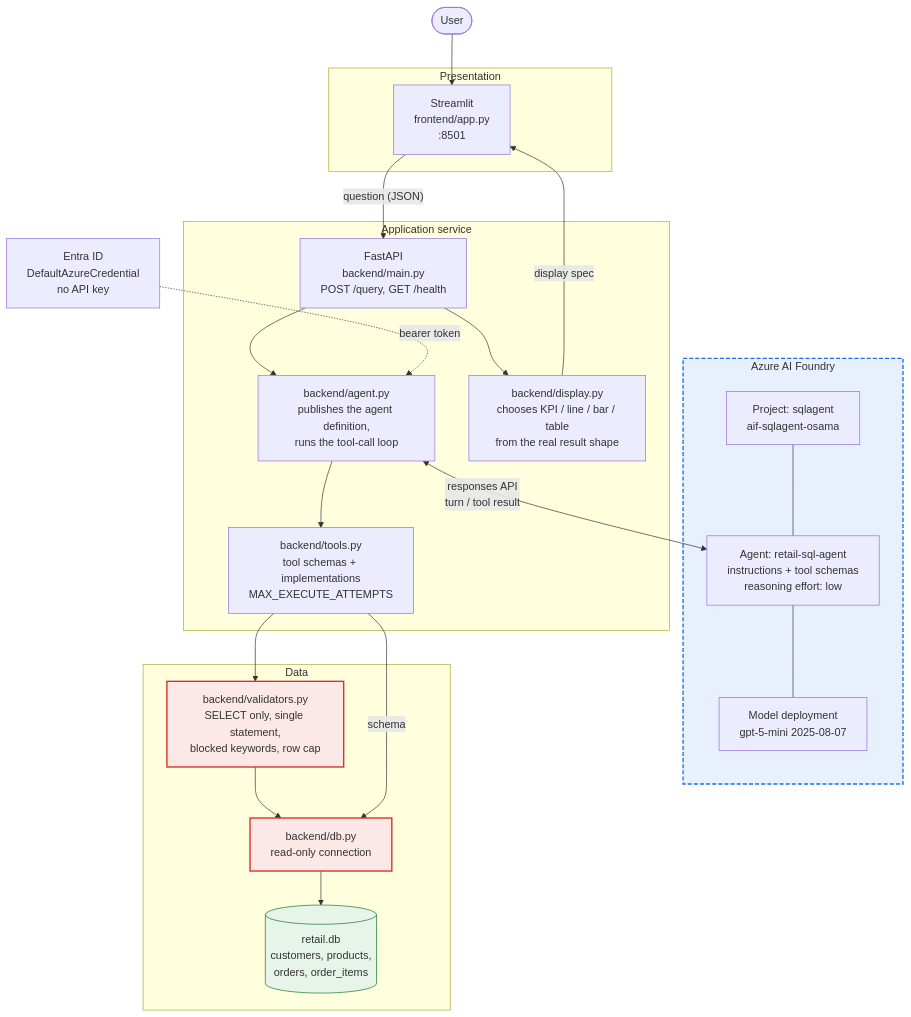
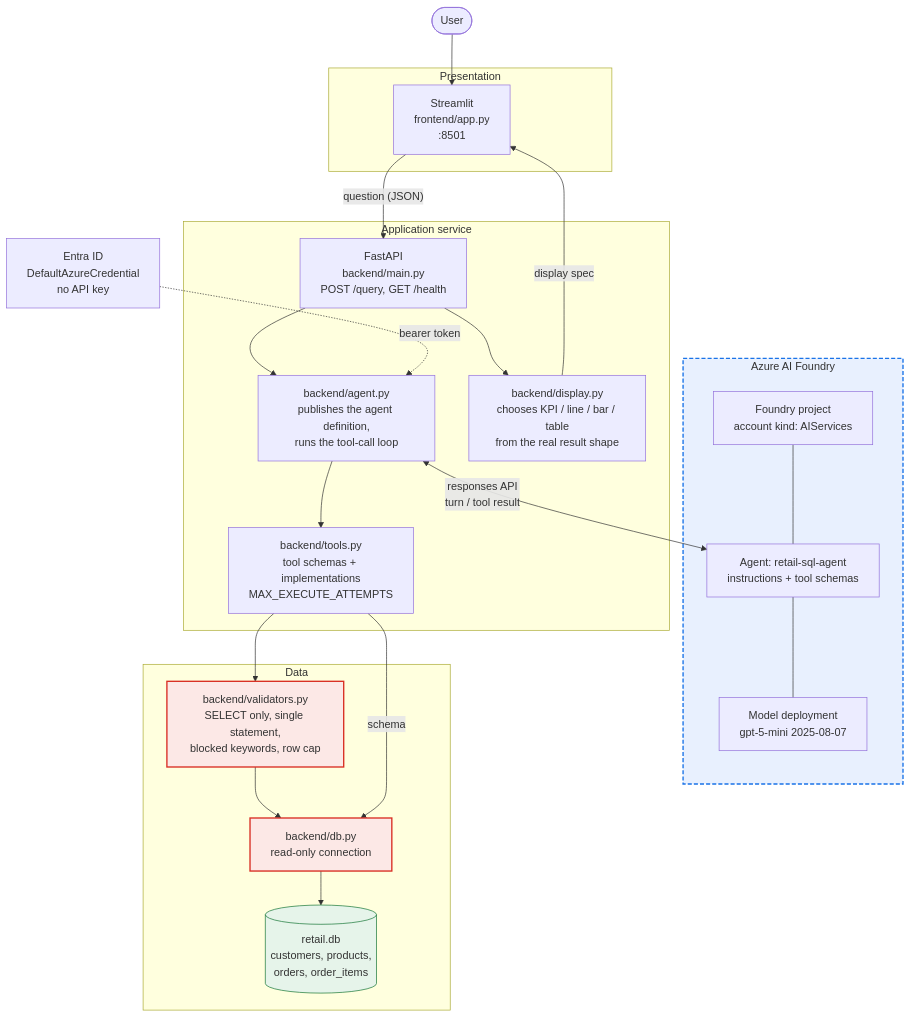
One commit to Osama12145/sql-agent-foundry-demo changed the second of 3 diagrams in docs/ARCHITECTURE.md. Above: the diagram before and after it, drawn with Mermaid. The commit also changed other lines of this file and 3 other files, not shown here.

First line of the commit message:
Add the agent workflow diagram and replace resource names with placeholders

````diff
--- a/docs/ARCHITECTURE.md
+++ b/docs/ARCHITECTURE.md
@@ -9,51 +94,51 @@
 ```mermaid
 flowchart TB
     USER([User])
 
     subgraph CLIENT["Presentation"]
         UI["Streamlit<br/>frontend/app.py<br/>:8501"]
     end
 
     subgraph SERVICE["Application service"]
         API["FastAPI<br/>backend/main.py<br/>POST /query, GET /health"]
         AGENTMOD["backend/agent.py<br/>publishes the agent definition,<br/>runs the tool-call loop"]
         TOOLS["backend/tools.py<br/>tool schemas + implementations<br/>MAX_EXECUTE_ATTEMPTS"]
         DISP["backend/display.py<br/>chooses KPI / line / bar / table<br/>from the real result shape"]
     end
 
     subgraph AZURE["Azure AI Foundry"]
-        PROJ["Project: sqlagent<br/>aif-sqlagent-osama"]
-        AGENT["Agent: retail-sql-agent<br/>instructions + tool schemas<br/>reasoning effort: low"]
+        PROJ["Foundry project<br/>account kind: AIServices"]
+        AGENT["Agent: retail-sql-agent<br/>instructions + tool schemas"]
         MODEL["Model deployment<br/>gpt-5-mini 2025-08-07"]
         PROJ --- AGENT
         AGENT --- MODEL
     end
 
     subgraph DATA["Data"]
         VAL["backend/validators.py<br/>SELECT only, single statement,<br/>blocked keywords, row cap"]
         DB["backend/db.py<br/>read-only connection"]
         STORE[("retail.db<br/>customers, products,<br/>orders, order_items")]
         VAL --> DB
         DB --> STORE
     end
 
     ENTRA["Entra ID<br/>DefaultAzureCredential<br/>no API key"]
 
     USER --> UI
     UI -->|"question (JSON)"| API
     API --> AGENTMOD
     AGENTMOD <-->|"responses API<br/>turn / tool result"| AGENT
     AGENTMOD --> TOOLS
     TOOLS --> VAL
     TOOLS -->|schema| DB
     API --> DISP
     DISP -->|display spec| UI
     ENTRA -.->|bearer token| AGENTMOD
 
     classDef azure fill:#e8f0fe,stroke:#1a73e8,stroke-width:2px,stroke-dasharray: 6 3
     classDef safety fill:#fce8e6,stroke:#d93025,stroke-width:2px
     classDef store fill:#e6f4ea,stroke:#137333
     class AZURE azure
     class VAL,DB safety
     class STORE store
 ```
````
